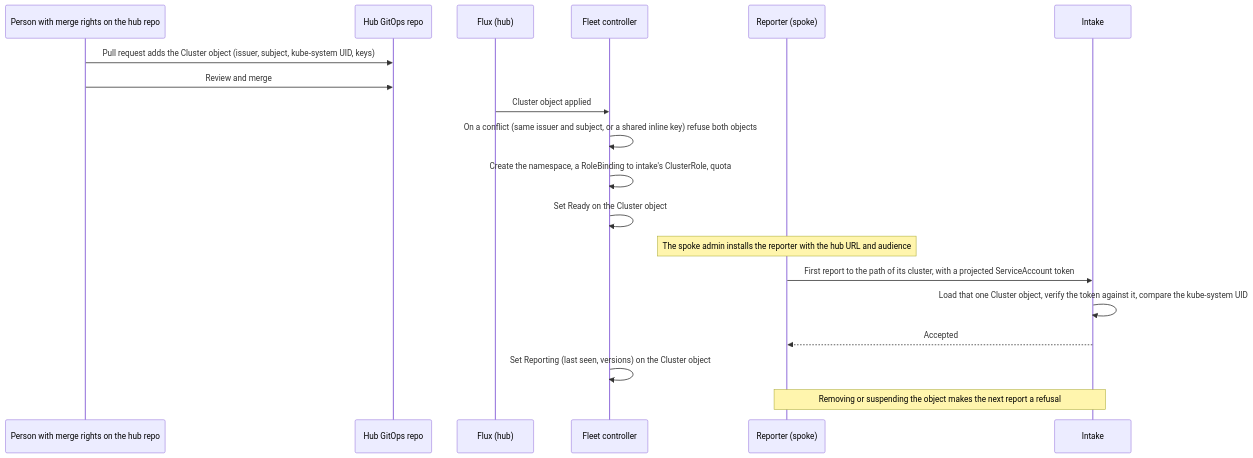
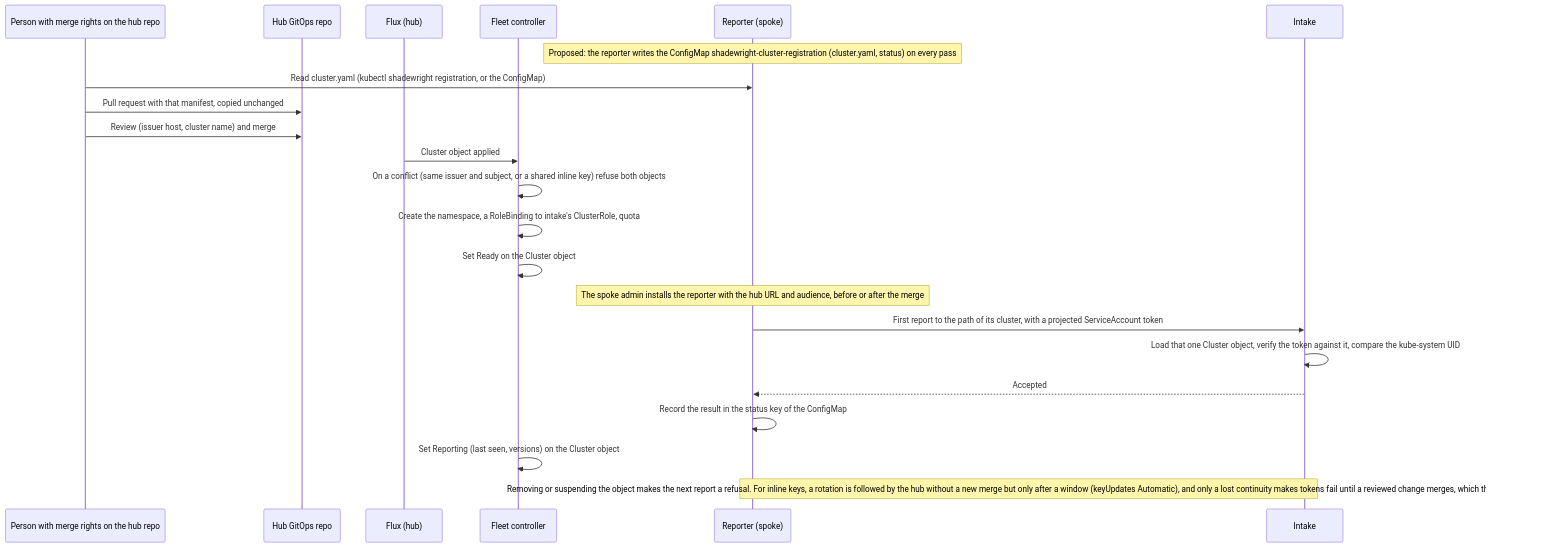
Before and after one commit to pkalin/shadewright: the first of 2 diagrams in docs/adr/0038-control-plane-mode-a-hub-that-many-clusters-report-to.md, drawn with Mermaid. The commit also changed other lines of this file and 1 other file, not shown here.

First line of the commit message:
docs: propose a ready registration manifest and automatic key updates for onboarding (#736)

````diff
--- a/docs/adr/0038-control-plane-mode-a-hub-that-many-clusters-report-to.md
+++ b/docs/adr/0038-control-plane-mode-a-hub-that-many-clusters-report-to.md
@@ -51,21 +98,24 @@
 ```mermaid
 sequenceDiagram
     participant P as Person with merge rights on the hub repo
     participant R as Hub GitOps repo
     participant F as Flux (hub)
     participant C as Fleet controller
     participant S as Reporter (spoke)
     participant I as Intake
-    P->>R: Pull request adds the Cluster object (issuer, subject, kube-system UID, keys)
-    P->>R: Review and merge
+    Note over S: Proposed: the reporter writes the ConfigMap shadewright-cluster-registration (cluster.yaml, status) on every pass
+    P->>S: Read cluster.yaml (kubectl shadewright registration, or the ConfigMap)
+    P->>R: Pull request with that manifest, copied unchanged
+    P->>R: Review (issuer host, cluster name) and merge
     F->>C: Cluster object applied
     C->>C: On a conflict (same issuer and subject, or a shared inline key) refuse both objects
     C->>C: Create the namespace, a RoleBinding to intake's ClusterRole, quota
     C->>C: Set Ready on the Cluster object
-    Note over S: The spoke admin installs the reporter with the hub URL and audience
+    Note over S: The spoke admin installs the reporter with the hub URL and audience, before or after the merge
     S->>I: First report to the path of its cluster, with a projected ServiceAccount token
     I->>I: Load that one Cluster object, verify the token against it, compare the kube-system UID
     I-->>S: Accepted
+    S->>S: Record the result in the status key of the ConfigMap
     C->>C: Set Reporting (last seen, versions) on the Cluster object
-    Note over S,I: Removing or suspending the object makes the next report a refusal
+    Note over S,I: Removing or suspending the object makes the next report a refusal. For inline keys, a rotation is followed by the hub without a new merge but only after a window (keyUpdates Automatic), and only a lost continuity makes tokens fail until a reviewed change merges, which the status key says
 ```
````
